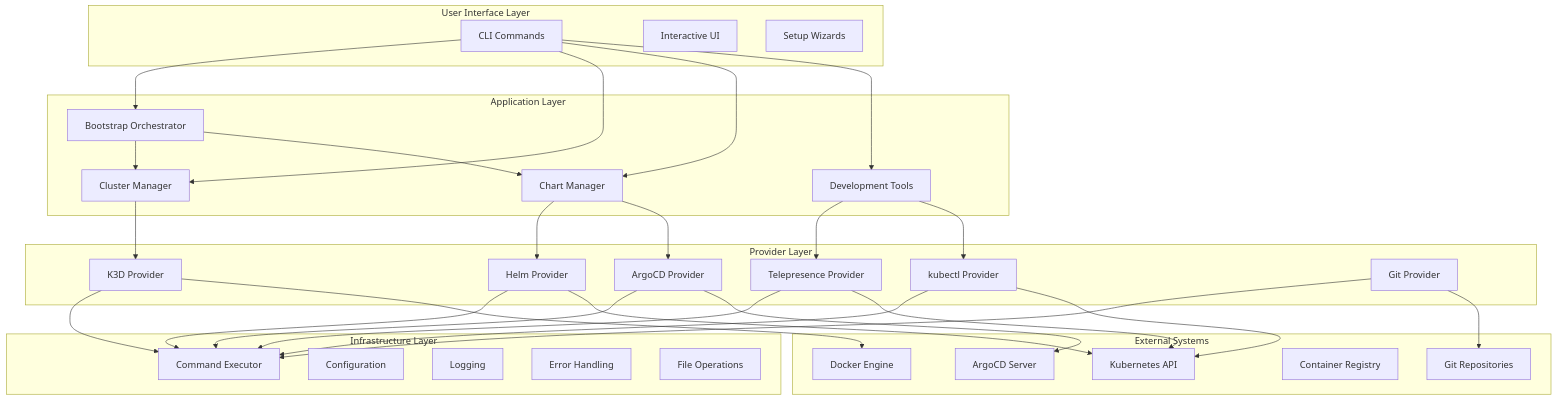
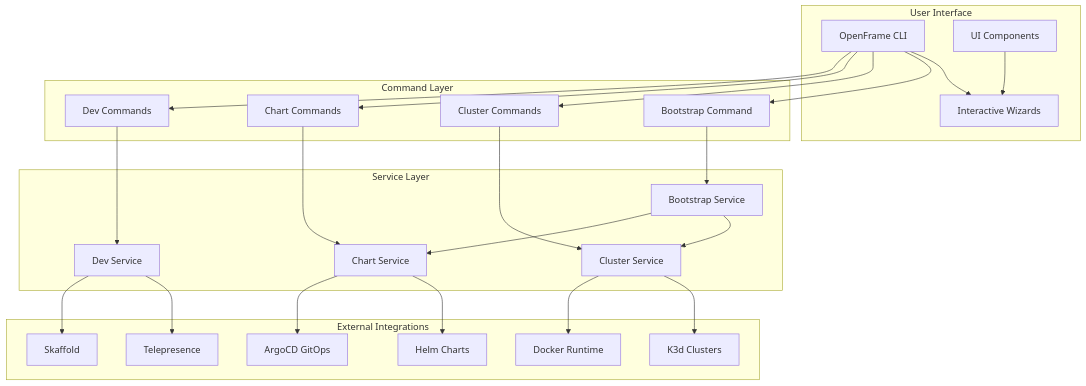
Before and after one commit to flamingo-stack/openframe-cli: the first of 4 diagrams in docs/development/architecture/README.md, drawn with Mermaid. The commit also changed other lines of this file and 8 other files, not shown here.

````diff
--- a/docs/development/architecture/README.md
+++ b/docs/development/architecture/README.md
@@ -9,67 +9,54 @@
 ```mermaid
 graph TB
-    subgraph "User Interface Layer"
-        CLI[CLI Commands]
-        UI[Interactive UI]
-        Wizard[Setup Wizards]
+    subgraph User Interface
+        CLI[OpenFrame CLI]
+        Wizard[Interactive Wizards]
+        UI[UI Components]
     end
     
-    subgraph "Application Layer"
-        Bootstrap[Bootstrap Orchestrator]
-        ClusterMgr[Cluster Manager]
-        ChartMgr[Chart Manager]
-        DevTools[Development Tools]
+    subgraph Command Layer
+        Bootstrap[Bootstrap Command]
+        Cluster[Cluster Commands]
+        Chart[Chart Commands]
+        Dev[Dev Commands]
     end
     
-    subgraph "Provider Layer"
-        K3DProvider[K3D Provider]
-        HelmProvider[Helm Provider]
-        ArgoCDProvider[ArgoCD Provider]
-        TelepresenceProvider[Telepresence Provider]
-        KubectlProvider[kubectl Provider]
-        GitProvider[Git Provider]
+    subgraph Service Layer
+        BootstrapSvc[Bootstrap Service]
+        ClusterSvc[Cluster Service]
+        ChartSvc[Chart Service]
+        DevSvc[Dev Service]
     end
     
-    subgraph "Infrastructure Layer"
-        Executor[Command Executor]
-        Config[Configuration]
-        Logger[Logging]
-        ErrorHandler[Error Handling]
-        FileSystem[File Operations]
+    subgraph External Integrations
+        K3d[K3d Clusters]
+        ArgoCD[ArgoCD GitOps]
+        Helm[Helm Charts]
+        Docker[Docker Runtime]
+        Telepresence[Telepresence]
+        Skaffold[Skaffold]
     end
     
-    subgraph "External Systems"
-        Docker[Docker Engine]
-        K8s[Kubernetes API]
-        Git[Git Repositories]
-        Registry[Container Registry]
-        ArgoCD[ArgoCD Server]
-    end
+    CLI --> Wizard
+    CLI --> Bootstrap
+    CLI --> Cluster
+    CLI --> Chart
+    CLI --> Dev
     
-    CLI --> Bootstrap
-    CLI --> ClusterMgr
-    CLI --> ChartMgr
-    CLI --> DevTools
+    Bootstrap --> BootstrapSvc
+    Cluster --> ClusterSvc
+    Chart --> ChartSvc
+    Dev --> DevSvc
     
-    Bootstrap --> ClusterMgr
-    Bootstrap --> ChartMgr
-    ClusterMgr --> K3DProvider
-    ChartMgr --> HelmProvider
-    ChartMgr --> ArgoCDProvider
-    DevTools --> TelepresenceProvider
-    DevTools --> KubectlProvider
+    BootstrapSvc --> ClusterSvc
+    BootstrapSvc --> ChartSvc
     
-    K3DProvider --> Executor
-    HelmProvider --> Executor
-    ArgoCDProvider --> Executor
-    TelepresenceProvider --> Executor
-    KubectlProvider --> Executor
-    GitProvider --> Executor
+    ClusterSvc --> K3d
+    ClusterSvc --> Docker
+    ChartSvc --> Helm
+    ChartSvc --> ArgoCD
+    DevSvc --> Telepresence
+    DevSvc --> Skaffold
     
-    K3DProvider --> Docker
-    HelmProvider --> K8s
-    ArgoCDProvider --> ArgoCD
-    TelepresenceProvider --> K8s
-    KubectlProvider --> K8s
-    GitProvider --> Git
+    UI --> Wizard
 ```
````
